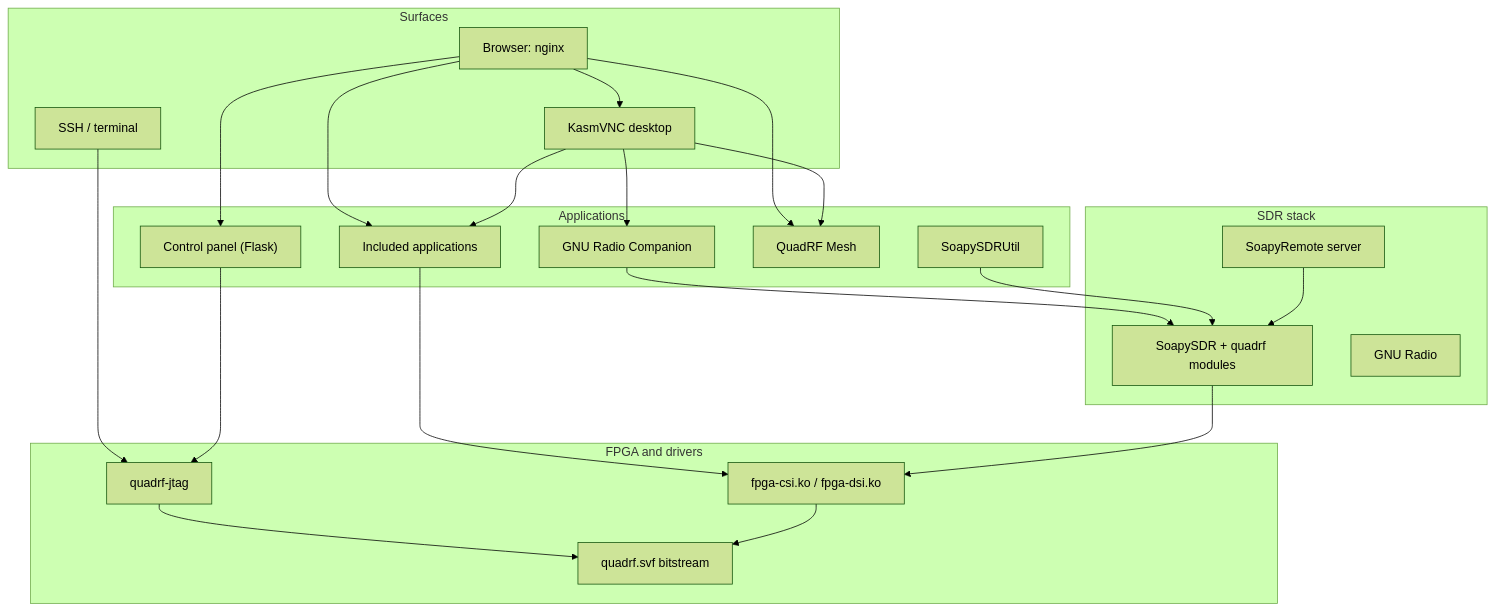
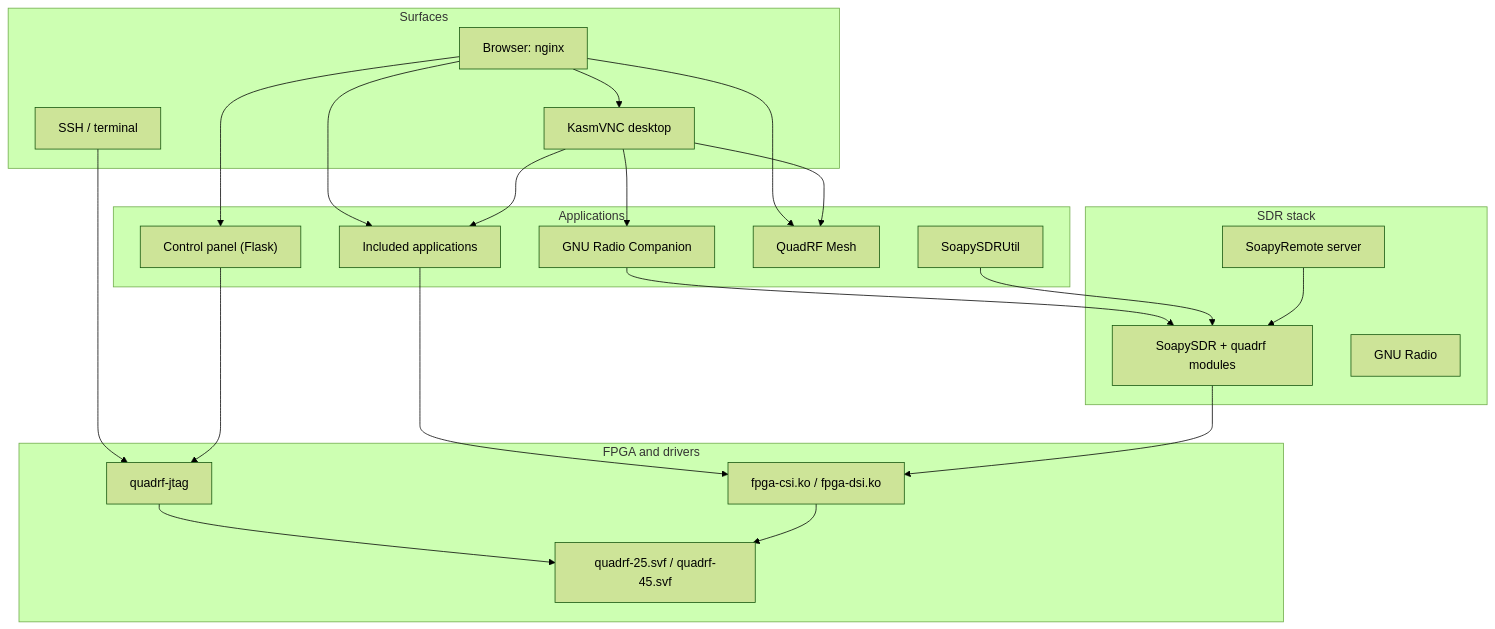
The first of 2 diagrams in docs/overview.md (ScaleRF/QuadRF), drawn with Mermaid (forest theme) before and after one commit. The commit also changed other lines of this file and 6 other files, not shown here.

First line of the commit message:
fpga, debian: Package quadrf-25.svf and quadrf-45.svf

````diff
--- a/docs/overview.md
+++ b/docs/overview.md
@@ -9,45 +9,45 @@
 ```mermaid
 flowchart TB
   subgraph surfaces["Surfaces"]
     WEB["Browser: nginx"]
     KASM["KasmVNC desktop"]
     TERM["SSH / terminal"]
   end
 
   subgraph apps["Applications"]
     FLASK["Control panel (Flask)"]
     DEMOS["Included applications"]
     GRC["GNU Radio Companion"]
     MESH["QuadRF Mesh"]
     SOAPY_CLI["SoapySDRUtil"]
   end
 
   subgraph sdr["SDR stack"]
     SOAPY["SoapySDR + quadrf modules"]
     GR["GNU Radio"]
     REMOTE["SoapyRemote server"]
   end
 
   subgraph fpga["FPGA and drivers"]
     JTAG["quadrf-jtag"]
     KO["fpga-csi.ko / fpga-dsi.ko"]
-    BIT["quadrf.svf bitstream"]
+    BIT["quadrf-25.svf / quadrf-45.svf"]
   end
 
   WEB --> FLASK
   WEB --> KASM
   WEB --> DEMOS
   WEB --> MESH
   KASM --> DEMOS
   KASM --> GRC
   KASM --> MESH
   TERM --> JTAG
   FLASK --> JTAG
   DEMOS --> KO
   GRC --> SOAPY
   SOAPY_CLI --> SOAPY
   REMOTE --> SOAPY
   SOAPY --> KO
   JTAG --> BIT
   KO --> BIT
 ```
````
